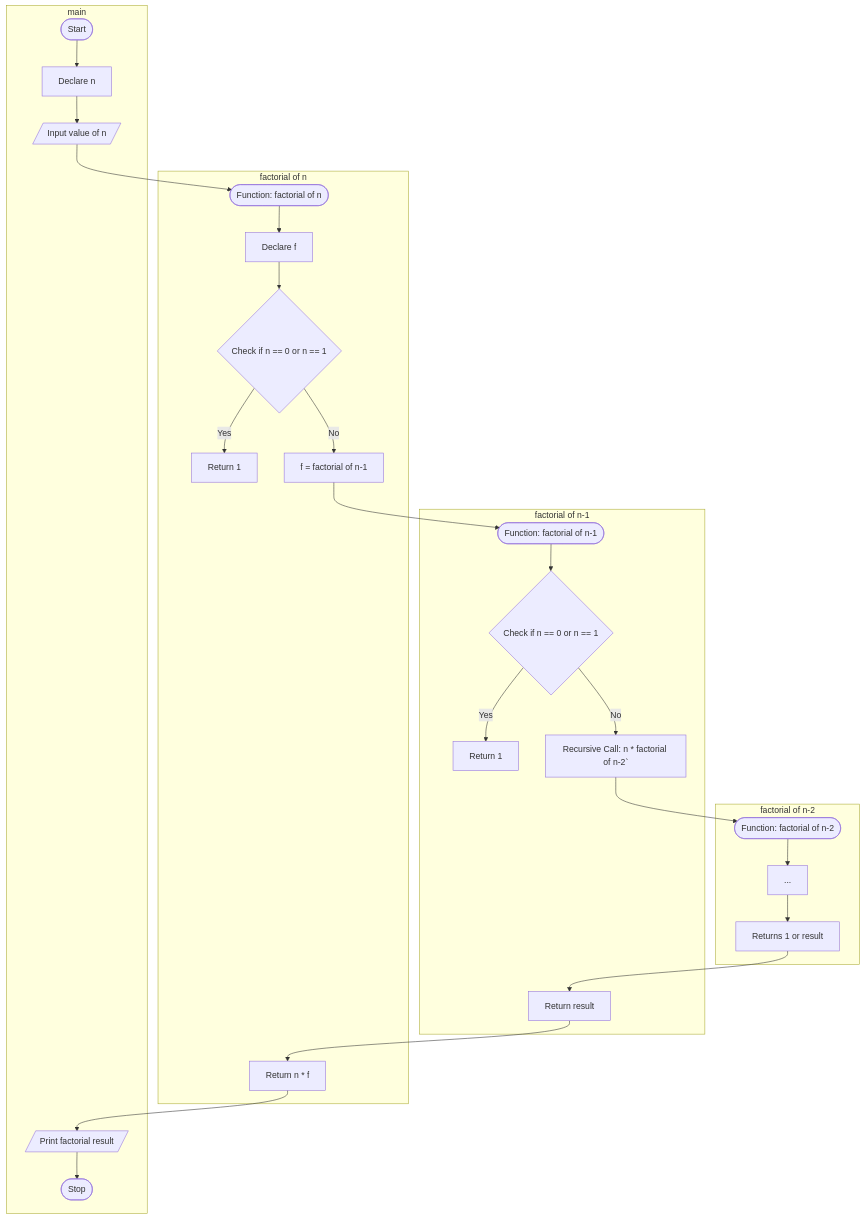
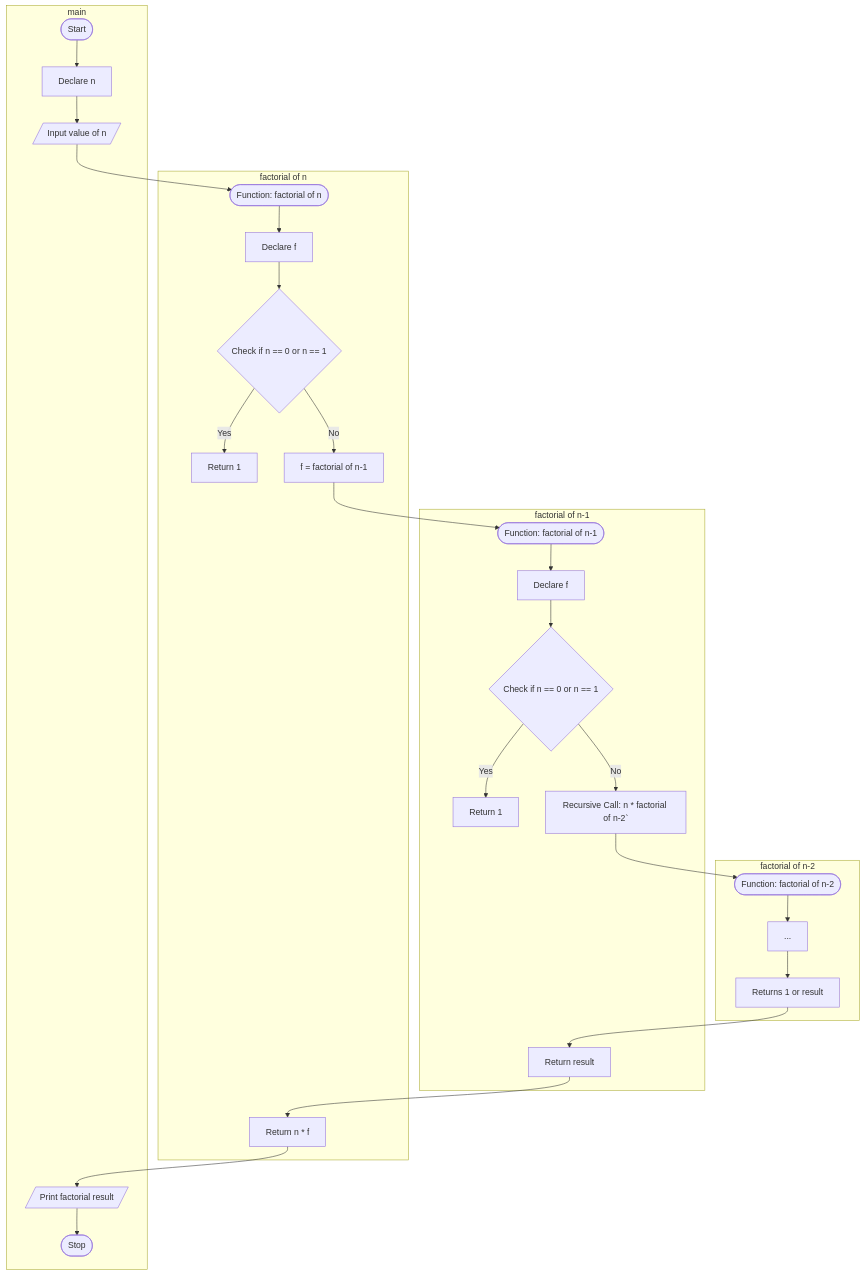
One commit to Vinit-source/Programming-for-problem-solving changed the second of 2 diagrams in PR/P8 - Recursion.md. Above: the diagram before and after it, drawn with Mermaid. The commit also changed other lines of this file, not shown here.

Commit message:
PR/P8 - Recursion.md updated from https://stackedit.io/

````diff
--- a/PR/P8 - Recursion.md
+++ b/PR/P8 - Recursion.md
@@ -47,32 +47,33 @@
 ```mermaid
 flowchart TD;
 subgraph ide3["factorial of n-2"]
 	funcStart3([Function: factorial of n-2])
-	funcStart3 --> B3[...];
-	B3 --> E3[Returns 1 or result];
+	funcStart3 --> A3[...];
+	A3 --> E3[Returns 1 or result];
 end
 subgraph ide2["factorial of n-1"]
 	    funcStart2([Function: factorial of n-1])
-        funcStart2 --> B2{Check if n == 0 or n == 1};
+        funcStart2 --> A2[Declare f];
+        A2 --> B2{Check if n == 0 or n == 1};
         B2 -- Yes --> C2[Return 1];
         B2 -- No --> D2["Recursive Call: n * factorial of n-2`"];
         D2 --> funcStart3;
         E3 --> E2[Return result];
  end
  subgraph ide1["factorial of n"]
 	    funcStart([Function: factorial of n])
         funcStart --> A1[Declare f];
         A1 --> B1{Check if n == 0 or n == 1};
         B1 -- Yes --> C1[Return 1];
         B1 -- No --> D1["f = factorial of n-1"];
         D1 --> funcStart2
         E2 --> E1[Return n * f];
     end
 subgraph main
 	Start([Start]) --> B[Declare n];
     B --> C[/Input value of n/];
     C --> funcStart
     E1 -->  E[/Print factorial result/];
     E --> F([Stop]);
    end
 ```
````
